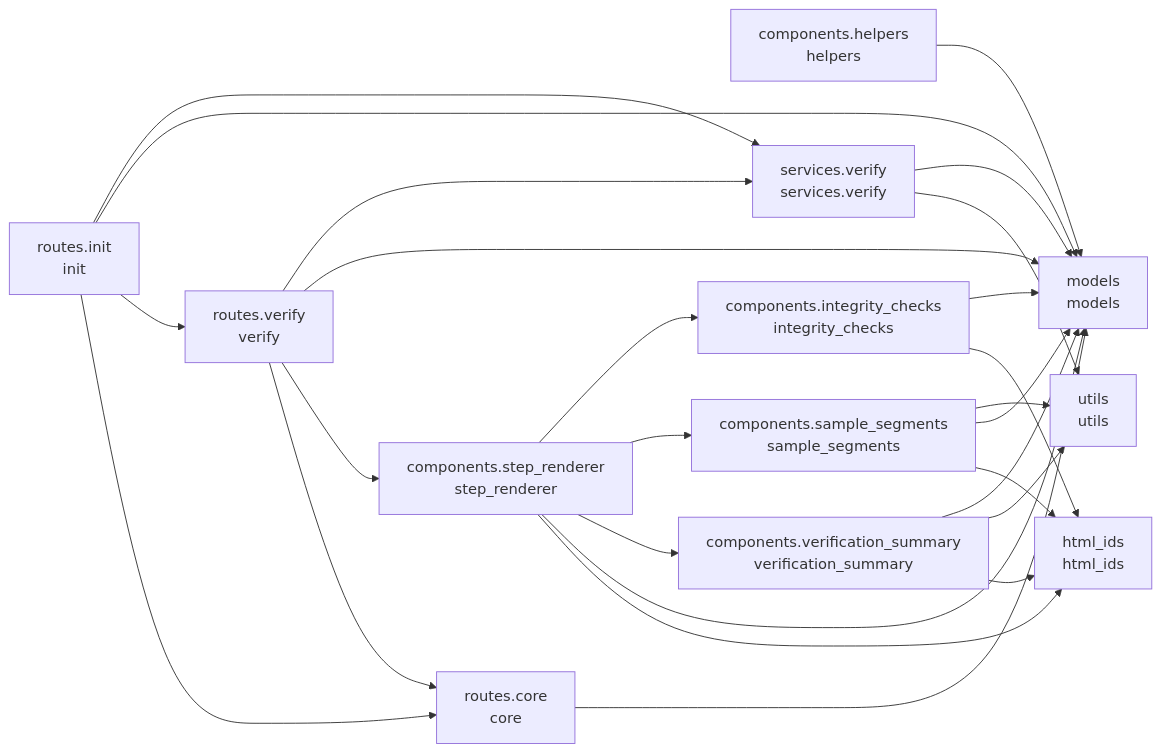
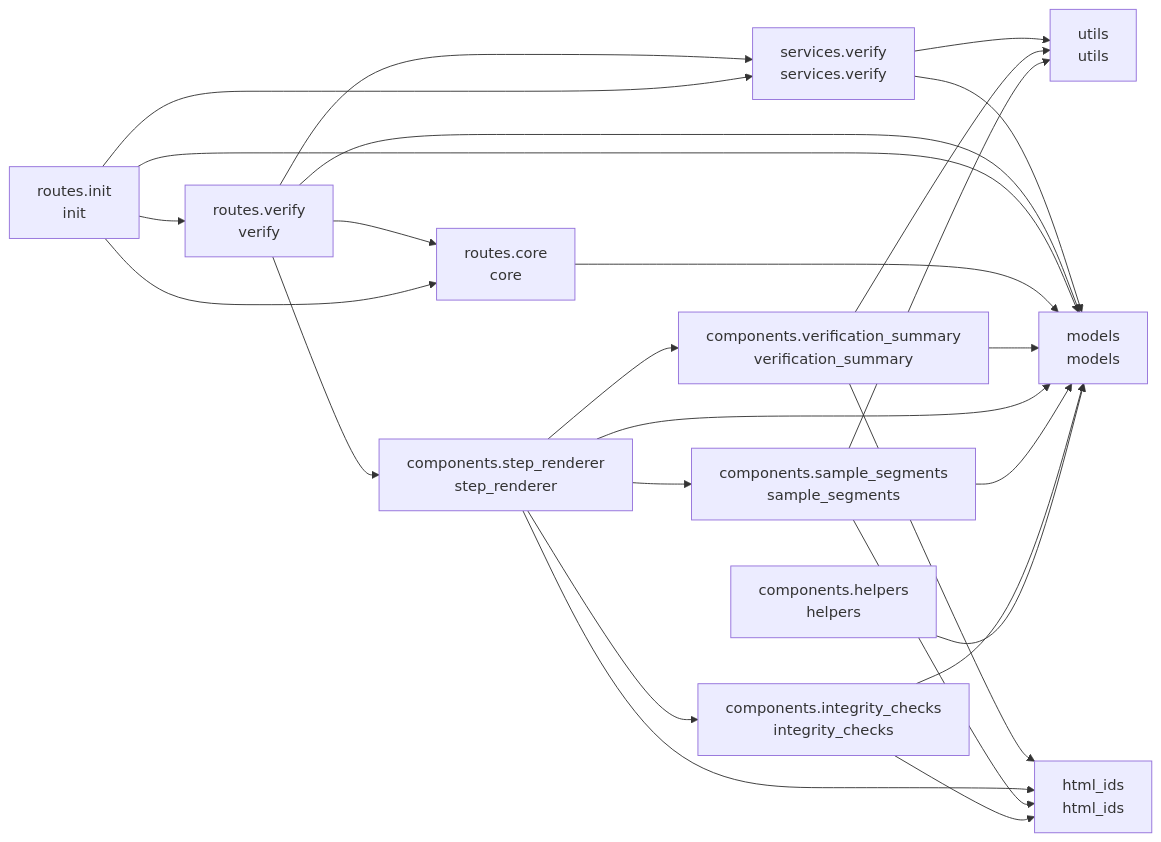
Before and after one commit to cj-mills/cjm-transcript-verify: the diagram in README.md, drawn with Mermaid. The commit also changed other lines of this file and 5 other files, not shown here.

````diff
--- a/README.md
+++ b/README.md
@@ -35,41 +35,41 @@
 ``` mermaid
 graph LR
     components_helpers[components.helpers<br/>helpers]
     components_integrity_checks[components.integrity_checks<br/>integrity_checks]
     components_sample_segments[components.sample_segments<br/>sample_segments]
     components_step_renderer[components.step_renderer<br/>step_renderer]
     components_verification_summary[components.verification_summary<br/>verification_summary]
     html_ids[html_ids<br/>html_ids]
     models[models<br/>models]
     routes_core[routes.core<br/>core]
     routes_init[routes.init<br/>init]
     routes_verify[routes.verify<br/>verify]
     services_verify[services.verify<br/>services.verify]
     utils[utils<br/>utils]
 
     components_helpers --> models
+    components_integrity_checks --> models
     components_integrity_checks --> html_ids
-    components_integrity_checks --> models
+    components_sample_segments --> utils
+    components_sample_segments --> models
     components_sample_segments --> html_ids
-    components_sample_segments --> models
-    components_sample_segments --> utils
-    components_step_renderer --> html_ids
+    components_step_renderer --> components_sample_segments
     components_step_renderer --> models
     components_step_renderer --> components_verification_summary
-    components_step_renderer --> components_sample_segments
+    components_step_renderer --> html_ids
     components_step_renderer --> components_integrity_checks
-    components_verification_summary --> html_ids
     components_verification_summary --> utils
     components_verification_summary --> models
+    components_verification_summary --> html_ids
     routes_core --> models
+    routes_init --> models
+    routes_init --> routes_verify
+    routes_init --> services_verify
     routes_init --> routes_core
-    routes_init --> routes_verify
-    routes_init --> models
-    routes_init --> services_verify
+    routes_verify --> services_verify
     routes_verify --> routes_core
     routes_verify --> components_step_renderer
     routes_verify --> models
-    routes_verify --> services_verify
+    services_verify --> models
     services_verify --> utils
-    services_verify --> models
 ```
````
